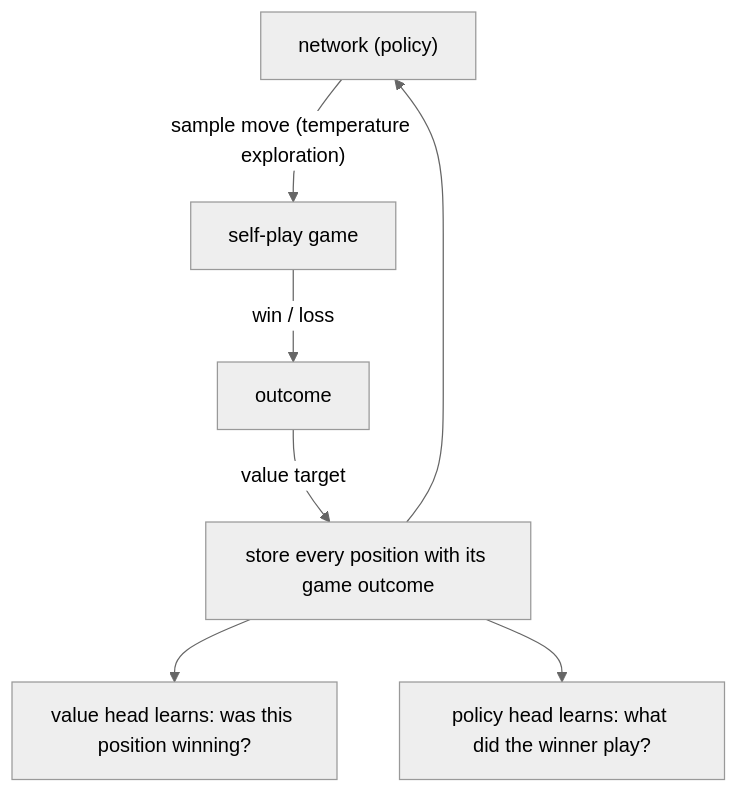
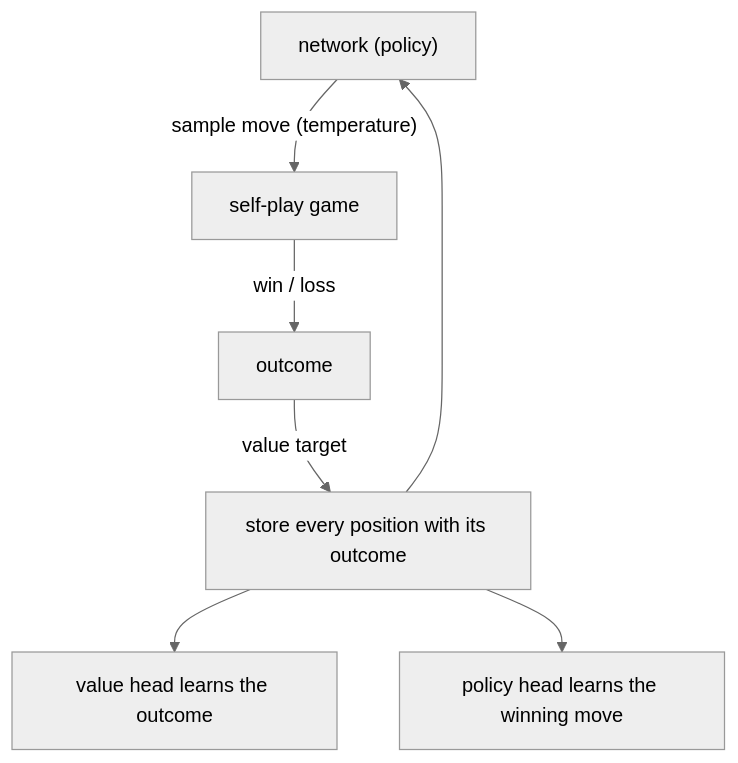
The third of 12 diagrams in README.md (darkslayer-ns/3d-tiktactoe), drawn with Mermaid (neutral theme) before and after one commit. The commit also changed other lines of this file, not shown here.

First line of the commit message:
docs: compact mermaid labels + Go-solver dataset generation

````diff
--- a/README.md
+++ b/README.md
@@ -83,9 +110,9 @@
 ```mermaid
 flowchart TD
-    N["network (policy)"] -->|"sample move (temperature exploration)"| G["self-play game"]
+    N["network (policy)"] -->|"sample move (temperature)"| G["self-play game"]
     G -->|"win / loss"| OUT["outcome"]
-    OUT -->|"value target"| STORE["store every position with its game outcome"]
+    OUT -->|"value target"| STORE["store every position with its outcome"]
     STORE --> N
-    STORE --> VH["value head learns: was this position winning?"]
-    STORE --> PH["policy head learns: what did the winner play?"]
+    STORE --> VH["value head learns the outcome"]
+    STORE --> PH["policy head learns the winning move"]
 ```
````
